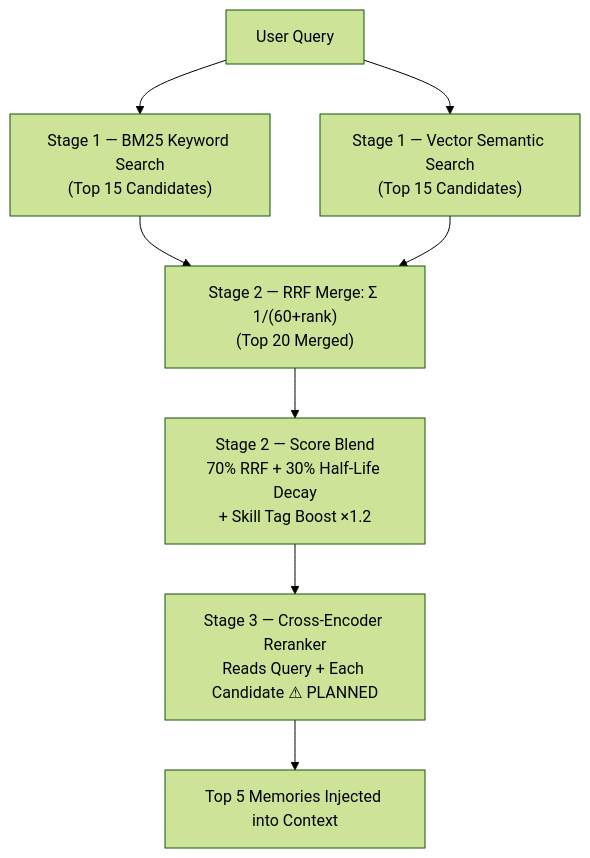
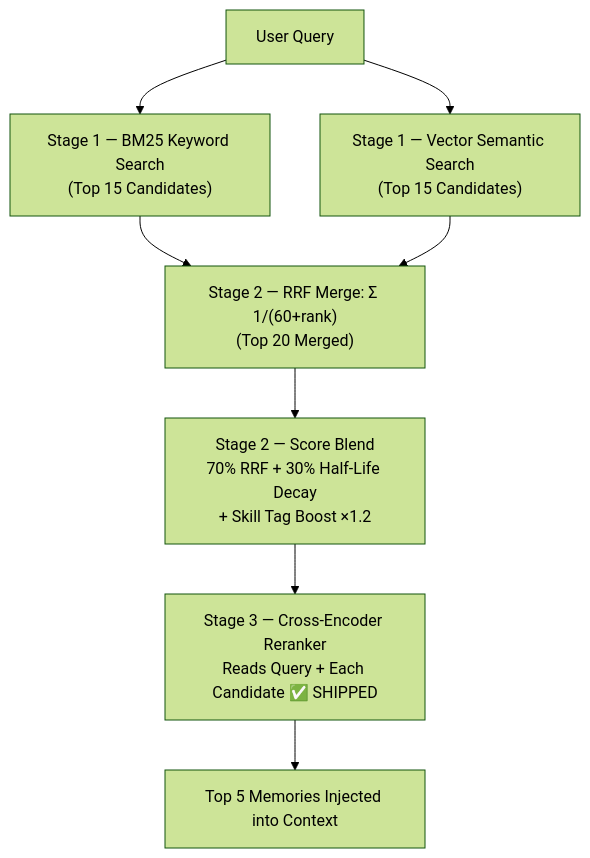
One commit to kinqsradiollc/BrainRouter changed the first of 3 diagrams in ROADMAP.md. Above: the diagram before and after it, drawn with Mermaid (forest theme). The commit also changed other lines of this file and 4 other files, not shown here.

````diff
--- a/ROADMAP.md
+++ b/ROADMAP.md
@@ -107,16 +109,16 @@
 ```mermaid
 graph TD
     Q["User Query"]
 
     Q --> BM25["Stage 1 — BM25 Keyword Search\n(Top 15 Candidates)"]
     Q --> Vec["Stage 1 — Vector Semantic Search\n(Top 15 Candidates)"]
 
     BM25 --> RRF["Stage 2 — RRF Merge: Σ 1/(60+rank)\n(Top 20 Merged)"]
     Vec --> RRF
 
     RRF --> Blend["Stage 2 — Score Blend\n70% RRF + 30% Half-Life Decay\n+ Skill Tag Boost ×1.2"]
 
-    Blend --> Rerank["Stage 3 — Cross-Encoder Reranker\nReads Query + Each Candidate ⚠ PLANNED"]
+    Blend --> Rerank["Stage 3 — Cross-Encoder Reranker\nReads Query + Each Candidate ✅ SHIPPED"]
 
     Rerank --> Out["Top 5 Memories Injected into Context"]
 ```
````
